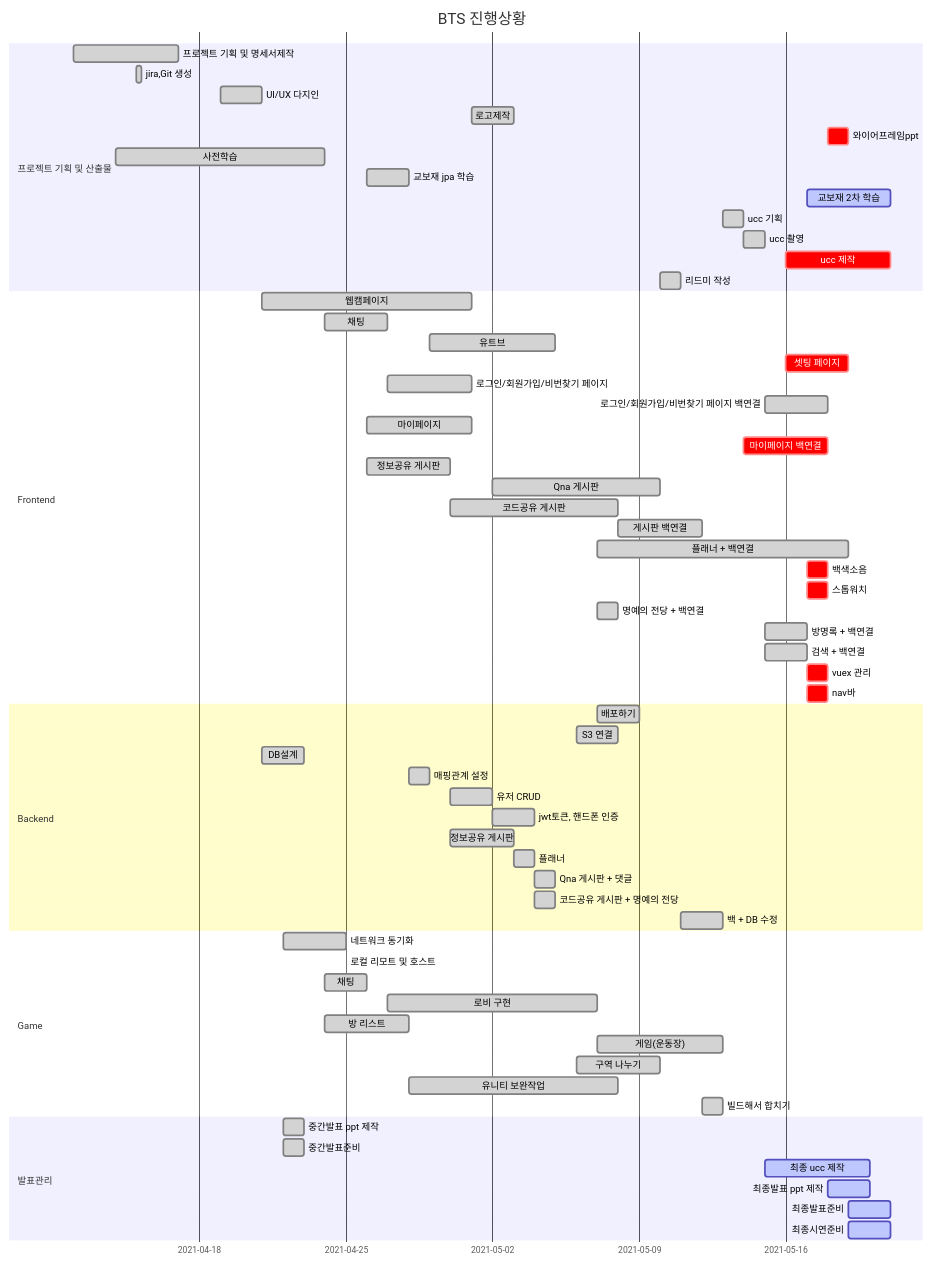
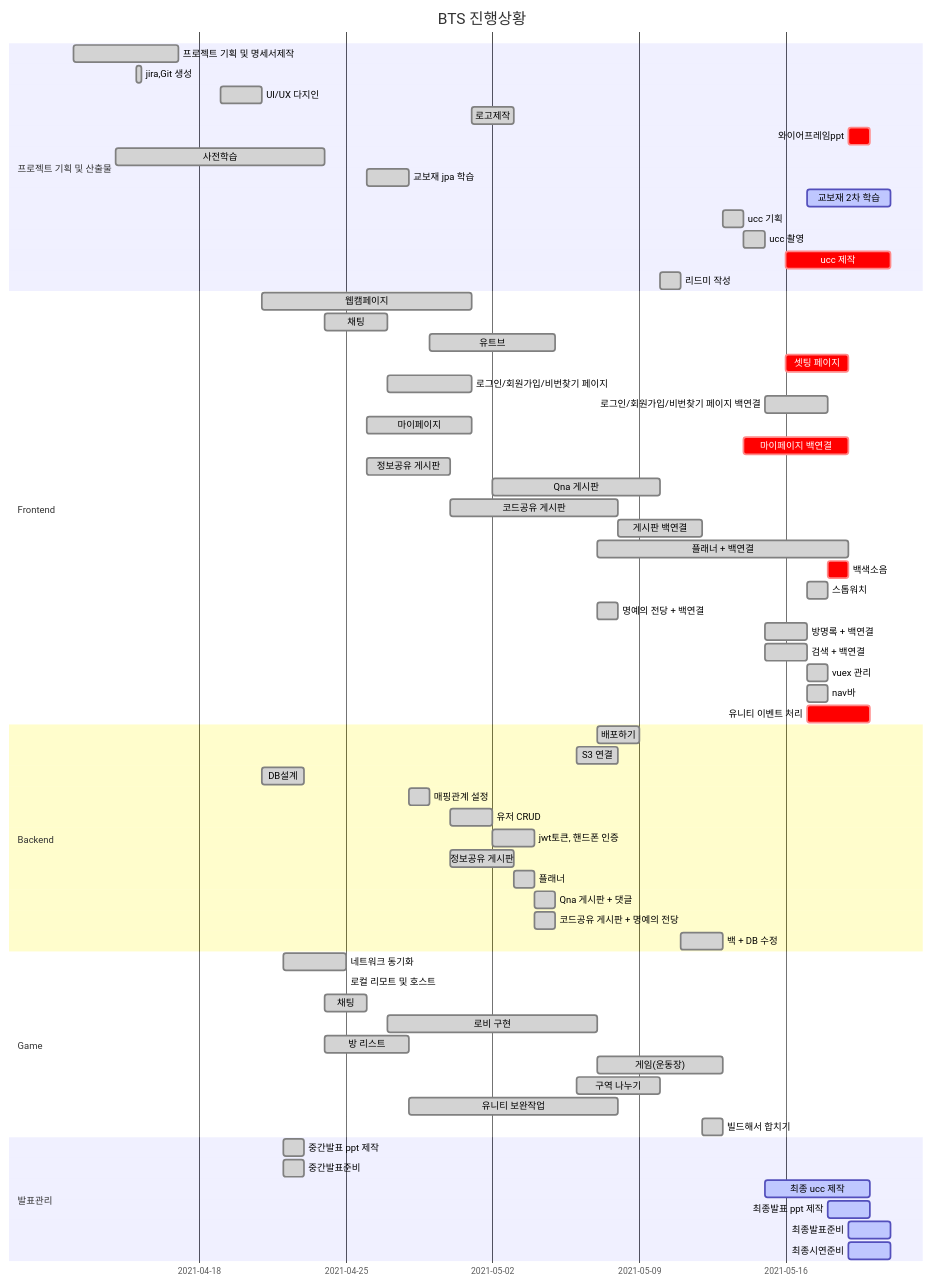
One commit to Luminousjiny/PJT_BTS changed the diagram in README.md. Above: the diagram before and after it, drawn with Mermaid.

Commit message:
간트차트 업데이트

````diff
--- a/README.md
+++ b/README.md
@@ -51,72 +51,73 @@
 ```mermaid
 gantt
     title BTS 진행상황
     dateFormat  YYYY-MM-DD
     section 프로젝트 기획 및 산출물
     프로젝트 기획 및 명세서제작 : done, 2021-04-12, 5d
     jira,Git 생성  :done, 2021-04-15, 6h
     UI/UX 다지인  : done,   2021-04-19, 2d
     로고제작 : done, 2021-05-01, 2d
-    와이어프레임ppt : crit, 2021-05-18, 1d
+    와이어프레임ppt : crit, 2021-05-19, 1d
     사전학습  : done, 2021-04-14, 10d
     교보재 jpa 학습 : done, 2021-04-26, 2d
     교보재 2차 학습 : active, 2021-05-17, 4d
     ucc 기획 : done, 2021-05-13, 1d
     ucc 촬영 : done, 2021-05-14, 1d
     ucc 제작 : crit, 2021-05-16, 5d
     리드미 작성 : done, 2021-05-10, 1d
 
     section Frontend
     웹캠페이지 : done, 2021-04-21, 10d
     채팅 : done, 2021-04-24, 3d
     유트브 : done, 2021-04-29, 6d
     셋팅 페이지 : crit, 2021-05-16, 3d
     로그인/회원가입/비번찾기 페이지 : done, 2021-04-27, 4d
     로그인/회원가입/비번찾기 페이지 백연결 : done, 2021-05-15, 3d
     마이페이지 : done, 2021-04-26, 5d
-    마이페이지 백연결 : crit, 2021-05-14, 4d
+    마이페이지 백연결 : crit, 2021-05-14, 5d
     정보공유 게시판 : done, 2021-04-26, 4d
     Qna 게시판 : done, 2021-05-02, 8d
     코드공유 게시판 : done, 2021-04-30, 8d
     게시판 백연결 : done, 2021-05-08, 4d
     플래너 + 백연결 : done, 2021-05-07, 12d
-    백색소음 : crit, 2021-05-17, 1d
-    스톱워치 : crit, 2021-05-17, 1d
+    백색소음 : crit, 2021-05-18, 1d
+    스톱워치 : done, 2021-05-17, 1d
     명예의 전당 + 백연결 : done, 2021-05-07, 1d
     방명록 + 백연결 : done, 2021-05-15, 2d
     검색 + 백연결 : done, 2021-05-15, 2d 
-    vuex 관리 : crit, 2021-05-17, 1d
-    nav바 : crit, 2021-05-17, 1d
+    vuex 관리 : done, 2021-05-17, 1d
+    nav바 : done, 2021-05-17, 1d
+    유니티 이벤트 처리 : crit, 2021-05-17, 3d
     
     section Backend
     배포하기 : done, 2021-05-07, 2d
     S3 연결 : done, 2021-05-06, 2d
     DB설계 : done, 2021-04-21, 2d
     매핑관계 설정 : done, 2021-04-28, 1d
     유저 CRUD : done, 2021-04-30, 2d
     jwt토큰, 핸드폰 인증 : done, 2021-05-02,2d 
     정보공유 게시판 : done, 2021-04-30, 3d
     플래너 : done, 2021-05-03, 1d
     Qna 게시판 + 댓글 : done, 2021-05-04, 1d
     코드공유 게시판 + 명예의 전당 : done, 2021-05-04, 1d 
     백 + DB 수정 : done, 2021-05-11, 2d
     
     section Game
 	네트워크 동기화 : done, 2021-04-22, 3d
 	로컬 리모트 및 호스트 : done, 2021-04-23 1d
 	채팅 : done, 2021-04-24, 2d
 	로비 구현 : done, 2021-04-27, 10d
     방 리스트 : done, 2021-04-24, 4d
     게임(운동장) : done, 2021-05-07,6d
     구역 나누기 : done, 2021-05-06, 4d
     유니티 보완작업 : done, 2021-04-28, 10d
     빌드해서 합치기 : done, 2021-05-12, 1d
     
     section 발표관리
     중간발표 ppt 제작 : done, 2021-04-22, 1d
     중간발표준비 : done, 2021-04-22, 1d
     최종 ucc 제작 : active, 2021-05-15, 5d
     최종발표 ppt 제작 : active, 2021-05-18, 2d
     최종발표준비 : active, 2021-05-19, 2d
     최종시연준비 : active, 2021-05-19, 2d
 ```
````
